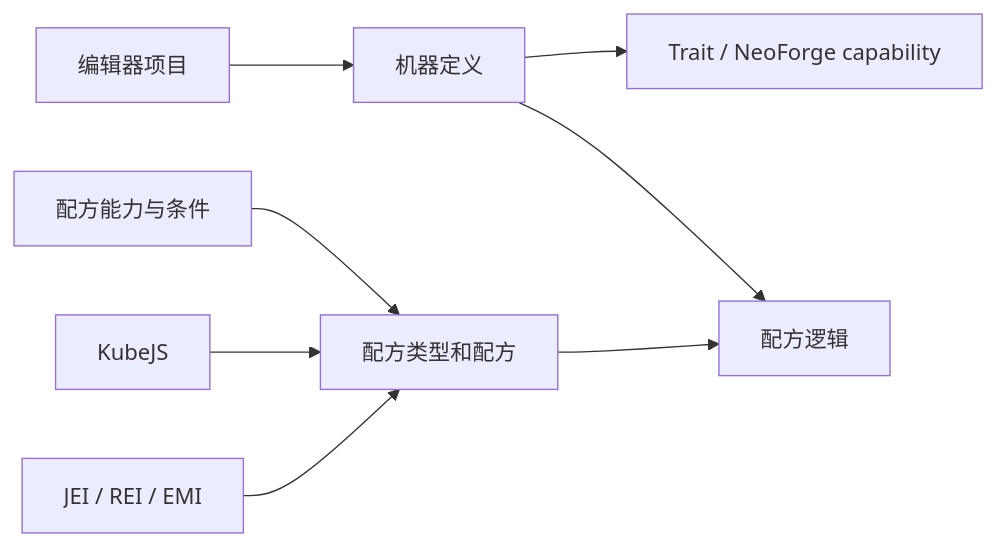
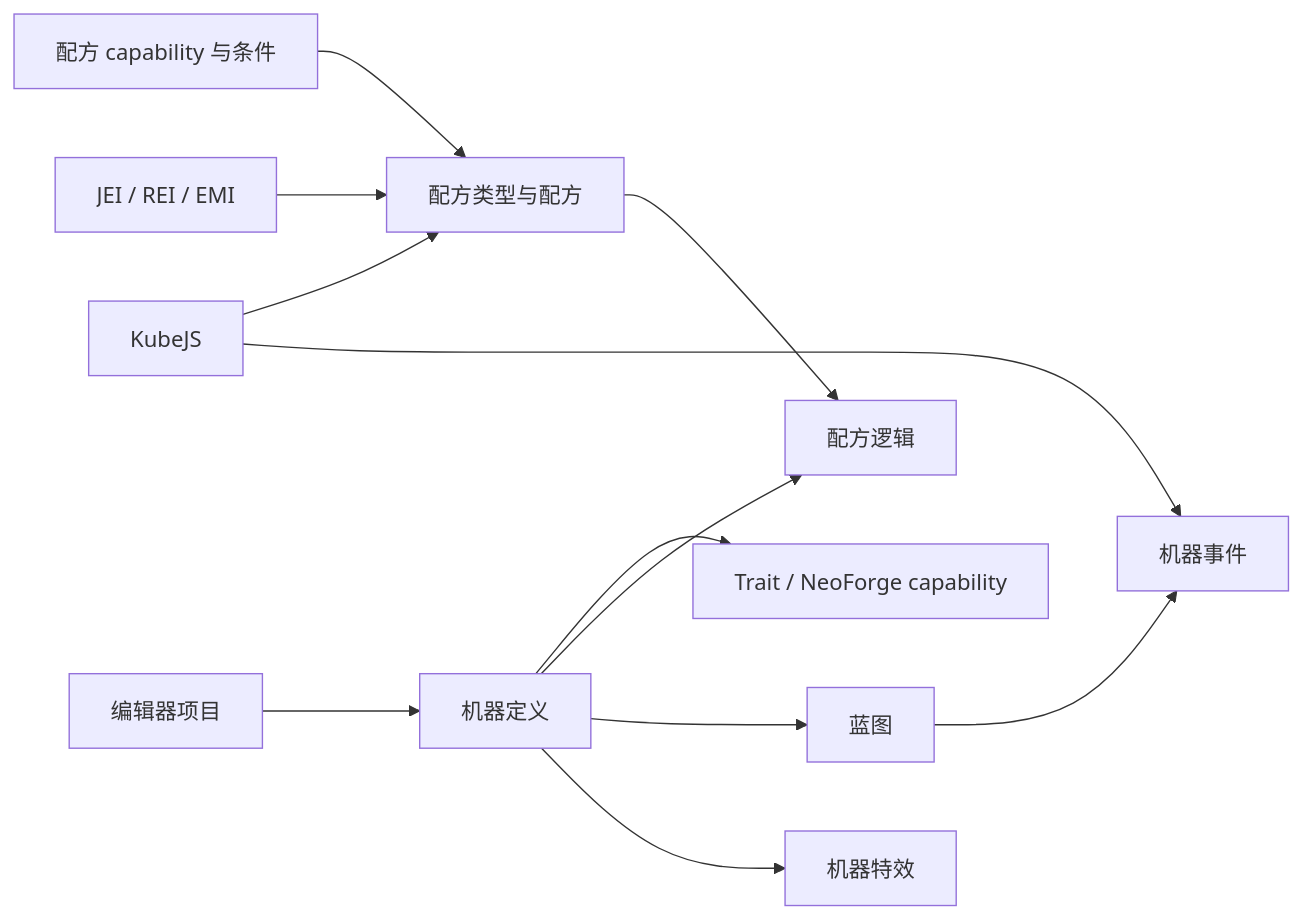
Before and after one commit to Low-Drag-MC/LowDragMC-Doc: the diagram in docs/zh/multiblocked2/index.md, drawn with Mermaid. The commit also changed other lines of this file and 185 other files, not shown here.

````diff
--- a/docs/zh/multiblocked2/index.md
+++ b/docs/zh/multiblocked2/index.md
@@ -29,10 +30,14 @@
 ```mermaid
 flowchart LR
     P["编辑器项目"] --> D["机器定义"]
     D --> T["Trait / NeoForge capability"]
     D --> L["配方逻辑"]
-    R["配方类型和配方"] --> L
-    C["配方能力与条件"] --> R
+    D --> B["蓝图"]
+    D --> F["机器特效"]
+    R["配方类型与配方"] --> L
+    C["配方 capability 与条件"] --> R
     K["KubeJS"] --> R
+    K --> B2["机器事件"]
+    B --> B2
     X["JEI / REI / EMI"] --> R
 ```
````
